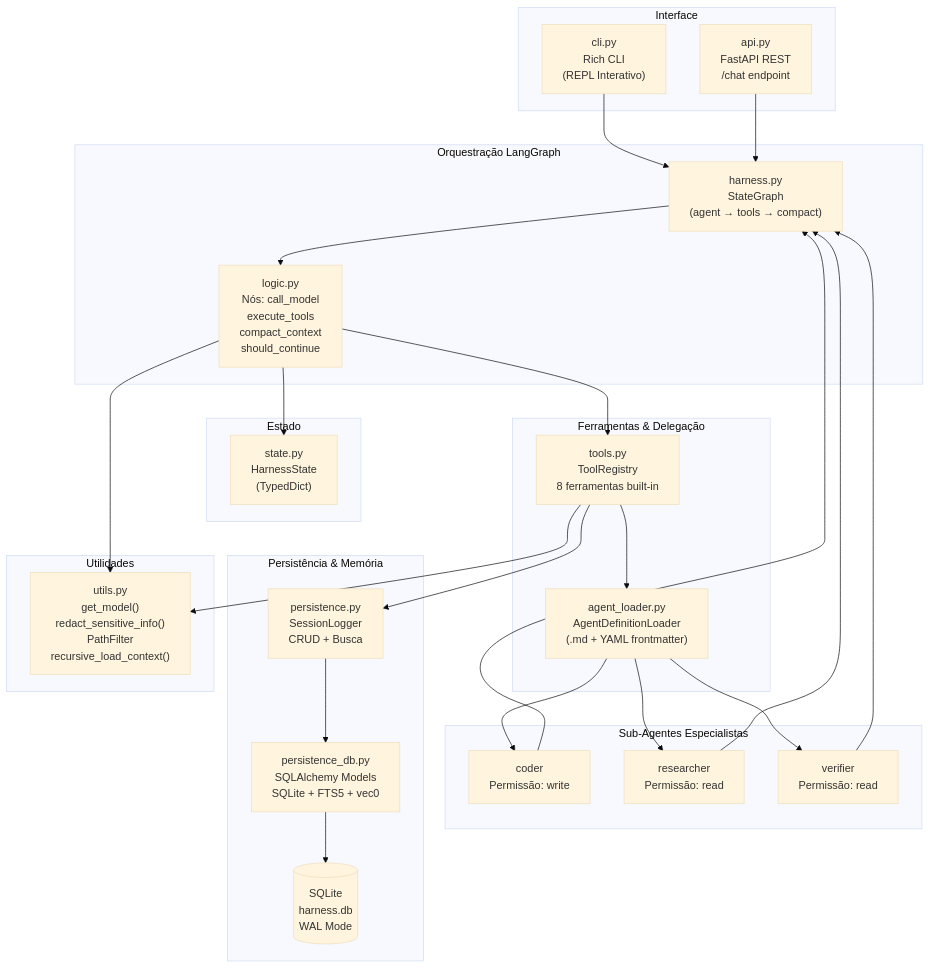
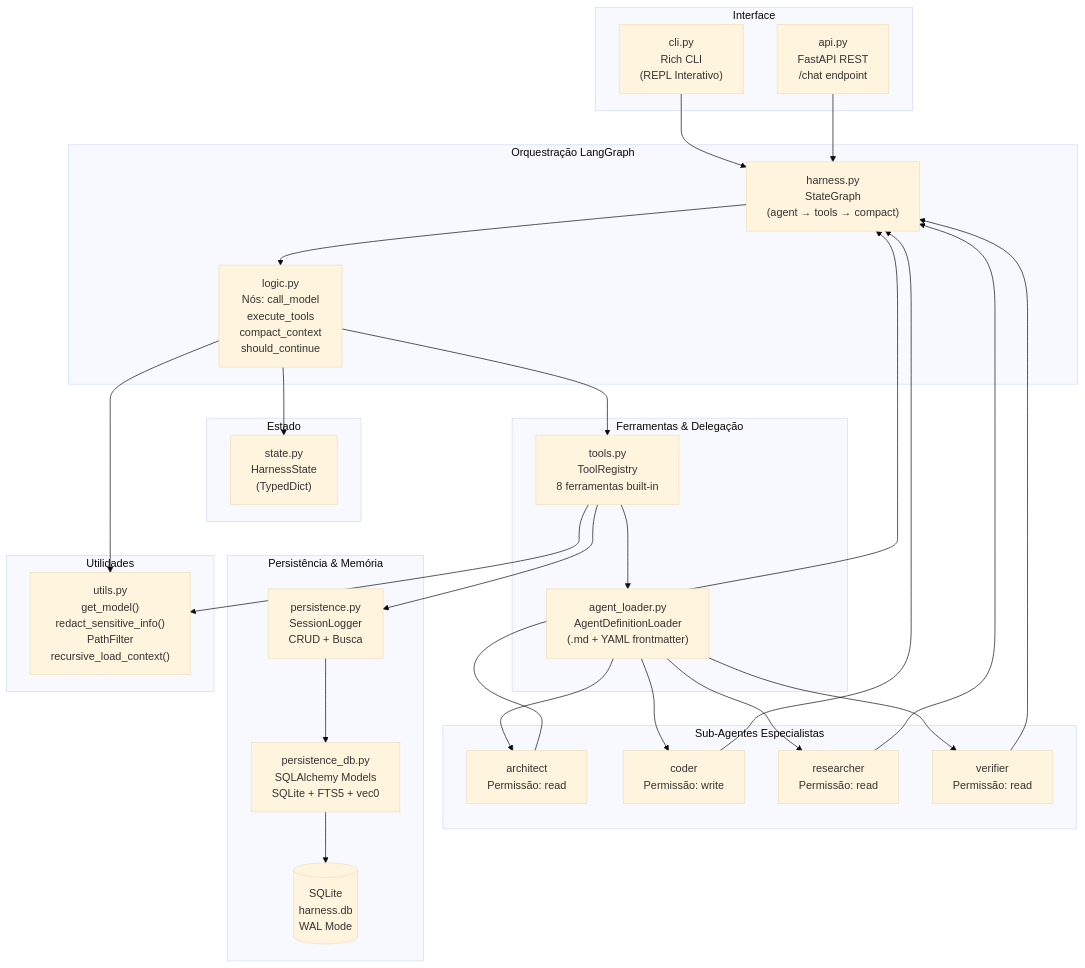
One commit to KlebersonCollab/k-claw changed the first of 7 diagrams in ARCH.md. Above: the diagram before and after it, drawn with Mermaid (base theme). The commit also changed other lines of this file and 6 other files, not shown here.

````diff
--- a/ARCH.md
+++ b/ARCH.md
@@ -28,55 +28,58 @@
 ```mermaid
 graph TB
     subgraph "Interface"
         CLI["cli.py<br/>Rich CLI<br/>(REPL Interativo)"]
         API["api.py<br/>FastAPI REST<br/>/chat endpoint"]
     end
 
     subgraph "Orquestração LangGraph"
         HARNESS["harness.py<br/>StateGraph<br/>(agent → tools → compact)"]
         LOGIC["logic.py<br/>Nós: call_model<br/>execute_tools<br/>compact_context<br/>should_continue"]
     end
 
     subgraph "Estado"
         STATE["state.py<br/>HarnessState<br/>(TypedDict)"]
     end
 
     subgraph "Ferramentas & Delegação"
         TOOLS["tools.py<br/>ToolRegistry<br/>8 ferramentas built-in"]
         LOADER["agent_loader.py<br/>AgentDefinitionLoader<br/>(.md + YAML frontmatter)"]
     end
 
     subgraph "Sub-Agentes Especialistas"
+        ARCHITECT["architect<br/>Permissão: read"]
         CODER["coder<br/>Permissão: write"]
         RESEARCHER["researcher<br/>Permissão: read"]
         VERIFIER["verifier<br/>Permissão: read"]
     end
 
     subgraph "Persistência & Memória"
         PERSIST["persistence.py<br/>SessionLogger<br/>CRUD + Busca"]
         PDB["persistence_db.py<br/>SQLAlchemy Models<br/>SQLite + FTS5 + vec0"]
         SQLITE[("SQLite<br/>harness.db<br/>WAL Mode")]
     end
 
     subgraph "Utilidades"
         UTILS["utils.py<br/>get_model()<br/>redact_sensitive_info()<br/>PathFilter<br/>recursive_load_context()"]
     end
 
     CLI --> HARNESS
     API --> HARNESS
     HARNESS --> LOGIC
     LOGIC --> STATE
     LOGIC --> TOOLS
     TOOLS --> LOADER
     TOOLS --> PERSIST
+    LOADER --> ARCHITECT
     LOADER --> CODER
     LOADER --> RESEARCHER
     LOADER --> VERIFIER
+    ARCHITECT --> HARNESS
     CODER --> HARNESS
     RESEARCHER --> HARNESS
     VERIFIER --> HARNESS
     PERSIST --> PDB
     PDB --> SQLITE
     LOGIC --> UTILS
     TOOLS --> UTILS
 ```
````
